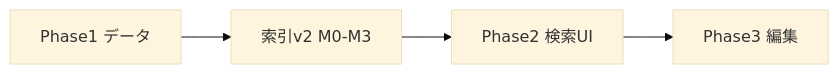
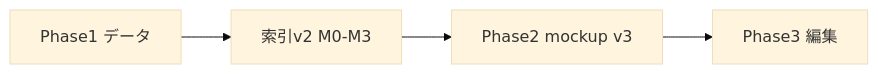
Before and after one commit to objtus/siftivex: the first of 2 diagrams in docs/plans/project-roadmap.md, drawn with Mermaid (base theme). The commit also changed other lines of this file and 9 other files, not shown here.

````diff
--- a/docs/plans/project-roadmap.md
+++ b/docs/plans/project-roadmap.md
@@ -68,8 +82,8 @@
 ```mermaid
 flowchart LR
   P1[Phase1 データ]
   M[索引v2 M0-M3]
-  P2[Phase2 検索UI]
+  P2[Phase2 mockup v3]
   P3[Phase3 編集]
   P1 --> M --> P2 --> P3
 ```
````
